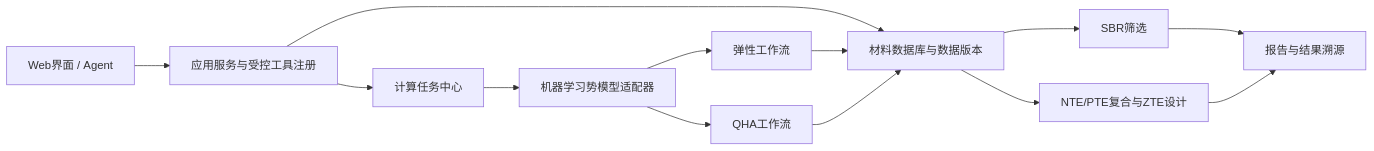
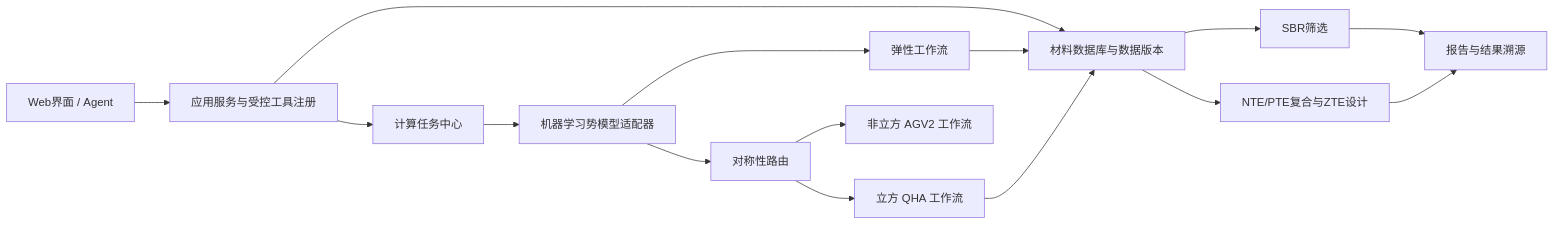
One commit to Yuming12138/thermal-expansion-platform changed the diagram in docs/architecture.md. Above: the diagram before and after it, drawn with Mermaid. The commit also changed other lines of this file and 14 other files, not shown here.

````diff
--- a/docs/architecture.md
+++ b/docs/architecture.md
@@ -5,15 +5,17 @@
 ```mermaid
 flowchart LR
     UI["Web界面 / Agent"] --> API["应用服务与受控工具注册"]
     API --> DB["材料数据库与数据版本"]
     API --> JOB["计算任务中心"]
     JOB --> ADAPTER["机器学习势模型适配器"]
     ADAPTER --> ELASTIC["弹性工作流"]
-    ADAPTER --> QHA["QHA工作流"]
+    ADAPTER --> ROUTE["对称性路由"]
+    ROUTE --> QHA["立方 QHA 工作流"]
+    ROUTE --> AGV2["非立方 AGV2 工作流"]
     DB --> SBR["SBR筛选"]
     DB --> ZTE["NTE/PTE复合与ZTE设计"]
     ELASTIC --> DB
     QHA --> DB
     SBR --> REPORT["报告与结果溯源"]
     ZTE --> REPORT
 ```
````
